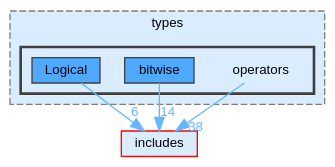
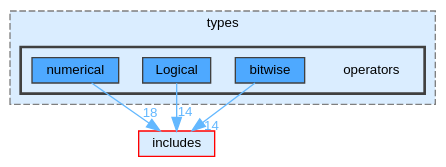
The diagram in dir_cc8d397db54d25297def3a698c833207_dep.dot (JS-CMP/JS-CMP), drawn with Graphviz before and after one commit. The commit also changed 243 other files, not shown here.

```diff
--- a/dir_cc8d397db54d25297def3a698c833207_dep.dot
+++ b/dir_cc8d397db54d25297def3a698c833207_dep.dot
@@ -1,21 +1,22 @@
 digraph "lib/types/operators"
 {
  // LATEX_PDF_SIZE
   bgcolor="transparent";
   edge [fontname=Helvetica,fontsize=10,labelfontname=Helvetica,labelfontsize=10];
   node [fontname=Helvetica,fontsize=10,shape=box,height=0.2,width=0.4];
   compound=true
   subgraph clusterdir_560694f03ee5bf1136d79e4f1ca1ca37 {
     graph [ bgcolor="#daedff", pencolor="grey50", label="types", fontname=Helvetica,fontsize=10 style="filled,dashed", URL="dir_560694f03ee5bf1136d79e4f1ca1ca37.html",tooltip=""]
   subgraph clusterdir_cc8d397db54d25297def3a698c833207 {
     graph [ bgcolor="#daedff", pencolor="grey25", label="", fontname=Helvetica,fontsize=10 style="filled,bold", URL="dir_cc8d397db54d25297def3a698c833207.html",tooltip=""]
     dir_cc8d397db54d25297def3a698c833207 [shape=plaintext, label="operators"];
   dir_f1cebc03feb444306a0443b04057d30c [label="bitwise", fillcolor="#4ea9ff", color="grey25", style="filled", URL="dir_f1cebc03feb444306a0443b04057d30c.html",tooltip=""];
   dir_407075bd378e66716ff5edd0eafa66b6 [label="Logical", fillcolor="#4ea9ff", color="grey25", style="filled", URL="dir_407075bd378e66716ff5edd0eafa66b6.html",tooltip=""];
+  dir_4efbc0b95464a66b6347e84787e1a1cf [label="numerical", fillcolor="#4ea9ff", color="grey25", style="filled", URL="dir_4efbc0b95464a66b6347e84787e1a1cf.html",tooltip=""];
   }
   }
   dir_09e761304027c904456130627fd4dcf5 [label="includes", fillcolor="#daedff", color="red", style="filled", URL="dir_09e761304027c904456130627fd4dcf5.html",tooltip=""];
-  dir_cc8d397db54d25297def3a698c833207->dir_09e761304027c904456130627fd4dcf5 [headlabel="38", labeldistance=1.5 headhref="dir_000020_000009.html" href="dir_000020_000009.html" color="steelblue1" fontcolor="steelblue1"];
   dir_f1cebc03feb444306a0443b04057d30c->dir_09e761304027c904456130627fd4dcf5 [headlabel="14", labeldistance=1.5 headhref="dir_000001_000009.html" href="dir_000001_000009.html" color="steelblue1" fontcolor="steelblue1"];
-  dir_407075bd378e66716ff5edd0eafa66b6->dir_09e761304027c904456130627fd4dcf5 [headlabel="6", labeldistance=1.5 headhref="dir_000013_000009.html" href="dir_000013_000009.html" color="steelblue1" fontcolor="steelblue1"];
+  dir_407075bd378e66716ff5edd0eafa66b6->dir_09e761304027c904456130627fd4dcf5 [headlabel="14", labeldistance=1.5 headhref="dir_000013_000009.html" href="dir_000013_000009.html" color="steelblue1" fontcolor="steelblue1"];
+  dir_4efbc0b95464a66b6347e84787e1a1cf->dir_09e761304027c904456130627fd4dcf5 [headlabel="18", labeldistance=1.5 headhref="dir_000016_000009.html" href="dir_000016_000009.html" color="steelblue1" fontcolor="steelblue1"];
 }
```
